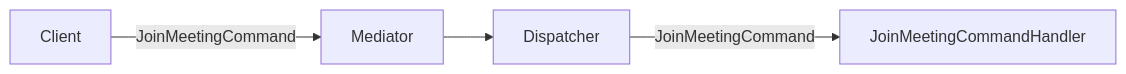
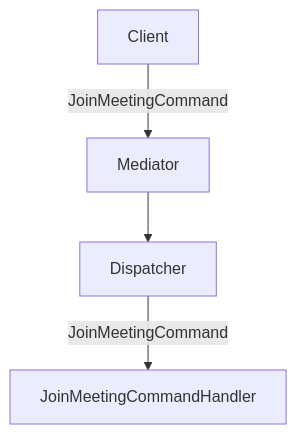
One commit to akhundMurad/diator changed the third of 4 diagrams in docs/architecture.md. Above: the diagram before and after it, drawn with Mermaid. The commit also changed other lines of this file and 5 other files, not shown here.

````diff
--- a/docs/architecture.md
+++ b/docs/architecture.md
@@ -90,4 +90,4 @@
 ```mermaid
-graph LR
+graph TB
     Client-- JoinMeetingCommand -->Mediator-->Dispatcher-- JoinMeetingCommand -->JoinMeetingCommandHandler
 ```
````
